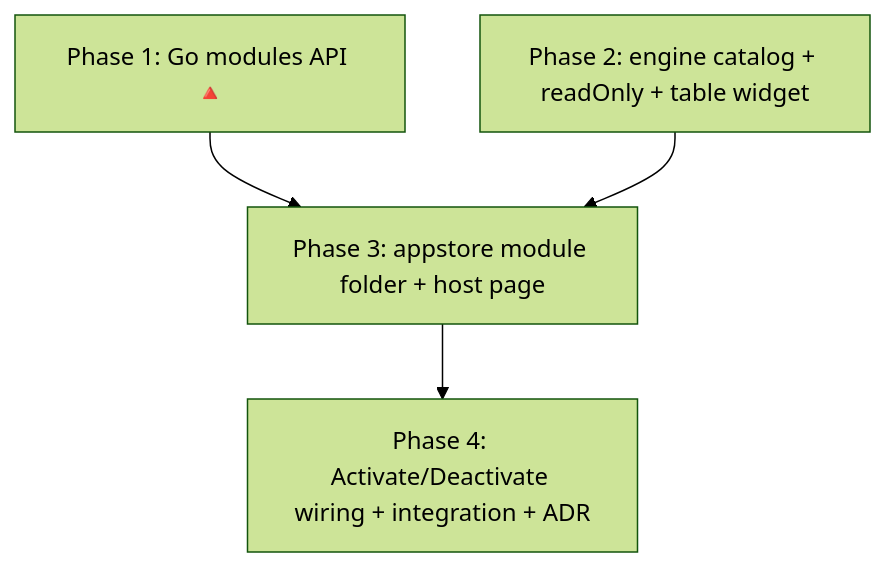
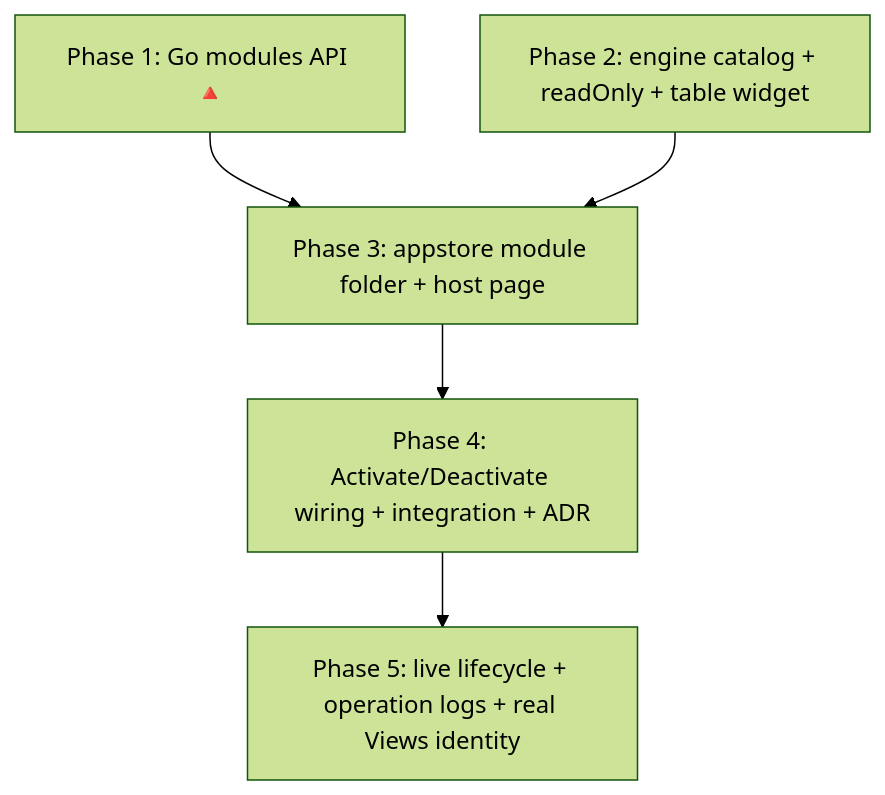
Before and after one commit to noiia/EERP: the second of 2 diagrams in docs/roadmaps/app-store.md, drawn with Mermaid (forest theme). The commit also changed other lines of this file and 39 other files, not shown here.

First line of the commit message:
feat(appstore): live module lifecycle, operation logs, real Views identity

````diff
--- a/docs/roadmaps/app-store.md
+++ b/docs/roadmaps/app-store.md
@@ -479,6 +562,7 @@
 ```mermaid
 flowchart TD
     P1[Phase 1: Go modules API 🔺] --> P3[Phase 3: appstore module folder + host page]
     P2[Phase 2: engine catalog + readOnly + table widget] --> P3
     P3 --> P4[Phase 4: Activate/Deactivate wiring + integration + ADR]
+    P4 --> P5[Phase 5: live lifecycle + operation logs + real Views identity]
 ```
````
